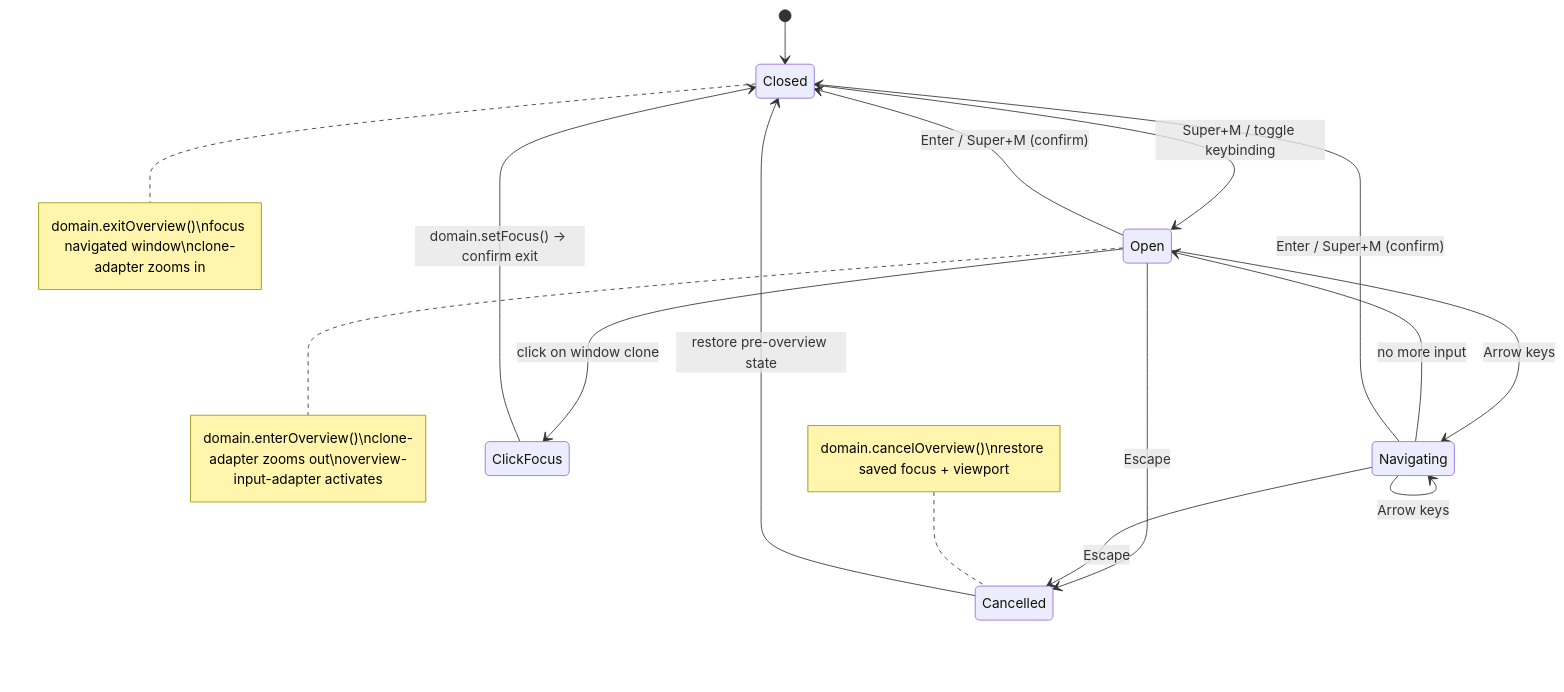
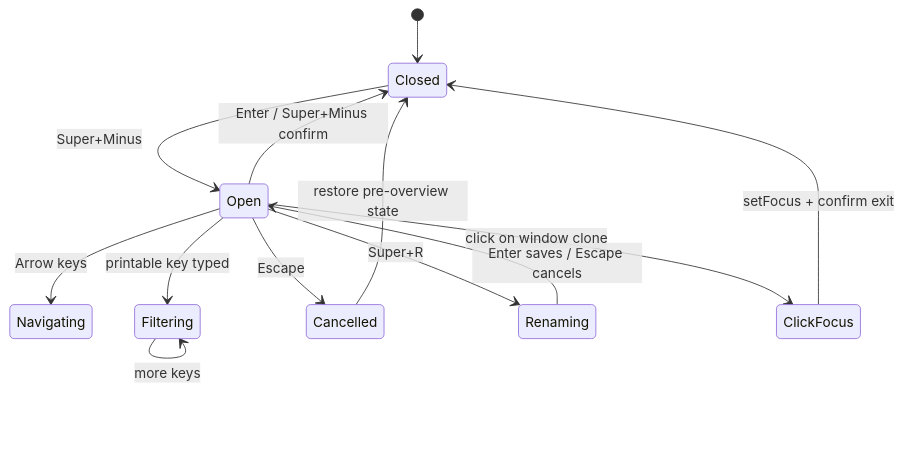
One commit to notiriel/kestrel changed the fourth of 9 diagrams in docs/architecture.md. Above: the diagram before and after it, drawn with Mermaid. The commit also changed other lines of this file and 8 other files, not shown here.

````diff
--- a/docs/architecture.md
+++ b/docs/architecture.md
@@ -249,23 +414,15 @@
 ```mermaid
 stateDiagram-v2
     [*] --> Closed
-
-    Closed --> Open: Super+M / toggle keybinding
-    note right of Open: domain.enterOverview()\nclone-adapter zooms out\noverview-input-adapter activates
-
+    Closed --> Open: Super+Minus
     Open --> Navigating: Arrow keys
-    Navigating --> Navigating: Arrow keys
-    Navigating --> Open: no more input
-
-    Open --> Closed: Enter / Super+M (confirm)
-    Navigating --> Closed: Enter / Super+M (confirm)
-    note right of Closed: domain.exitOverview()\nfocus navigated window\nclone-adapter zooms in
-
+    Open --> Filtering: printable key typed
+    Filtering --> Filtering: more keys
+    Open --> Closed: Enter / Super+Minus confirm
     Open --> Cancelled: Escape
-    Navigating --> Cancelled: Escape
     Cancelled --> Closed: restore pre-overview state
-    note left of Cancelled: domain.cancelOverview()\nrestore saved focus + viewport
-
+    Open --> Renaming: Super+R
+    Renaming --> Open: Enter saves / Escape cancels
     Open --> ClickFocus: click on window clone
-    ClickFocus --> Closed: domain.setFocus() → confirm exit
+    ClickFocus --> Closed: setFocus + confirm exit
 ```
````
